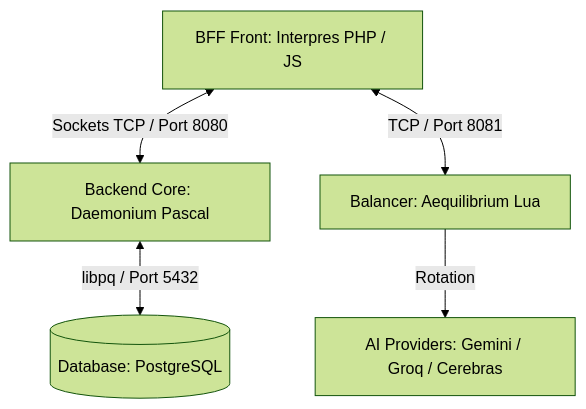
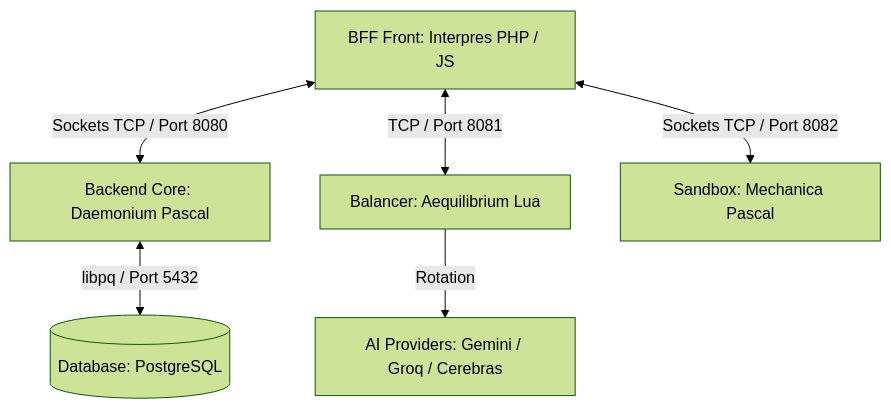
One commit to Lotargo/Necromancer changed the diagram in README.md. Above: the diagram before and after it, drawn with Mermaid (forest theme). The commit also changed other lines of this file and 25 other files, not shown here.

````diff
--- a/README.md
+++ b/README.md
@@ -32,7 +32,8 @@
 ```mermaid
 graph TD
     A[BFF Front: Interpres PHP / JS] <-->|Sockets TCP / Port 8080| B[Backend Core: Daemonium Pascal]
     B <-->|libpq / Port 5432| C[(Database: PostgreSQL)]
     A <-->|TCP / Port 8081| D[Balancer: Aequilibrium Lua]
     D -->|Rotation| E[AI Providers: Gemini / Groq / Cerebras]
+    A <-->|Sockets TCP / Port 8082| M[Sandbox: Mechanica Pascal]
 ```
````
